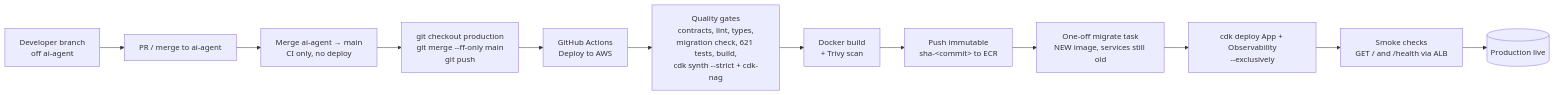
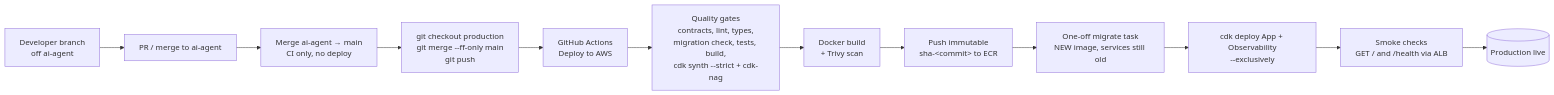
The diagram in docs/operations/deployment.md (BayshoreCommunication/dxg-rfp-tool-backend), drawn with Mermaid before and after one commit. The commit also changed other lines of this file and 13 other files, not shown here.

````diff
--- a/docs/operations/deployment.md
+++ b/docs/operations/deployment.md
@@ -8,14 +8,14 @@
 ```mermaid
 flowchart LR
     DEV[Developer branch<br/>off ai-agent] --> PR[PR / merge to ai-agent]
     PR --> MAIN[Merge ai-agent → main<br/>CI only, no deploy]
     MAIN --> PROMOTE[git checkout production<br/>git merge --ff-only main<br/>git push]
     PROMOTE --> CI1[GitHub Actions<br/>Deploy to AWS]
-    CI1 --> QG[Quality gates<br/>contracts, lint, types,<br/>migration check, 621 tests, build,<br/>cdk synth --strict + cdk-nag]
+    CI1 --> QG[Quality gates<br/>contracts, lint, types,<br/>migration check, tests, build,<br/>cdk synth --strict + cdk-nag]
     QG --> IMG[Docker build<br/>+ Trivy scan]
     IMG --> ECR[Push immutable<br/>sha-&lt;commit&gt; to ECR]
     ECR --> MIG[One-off migrate task<br/>NEW image, services still old]
     MIG --> CDK[cdk deploy App + Observability<br/>--exclusively]
     CDK --> SMOKE[Smoke checks<br/>GET / and /health via ALB]
     SMOKE --> PROD[(Production live)]
 ```
````
